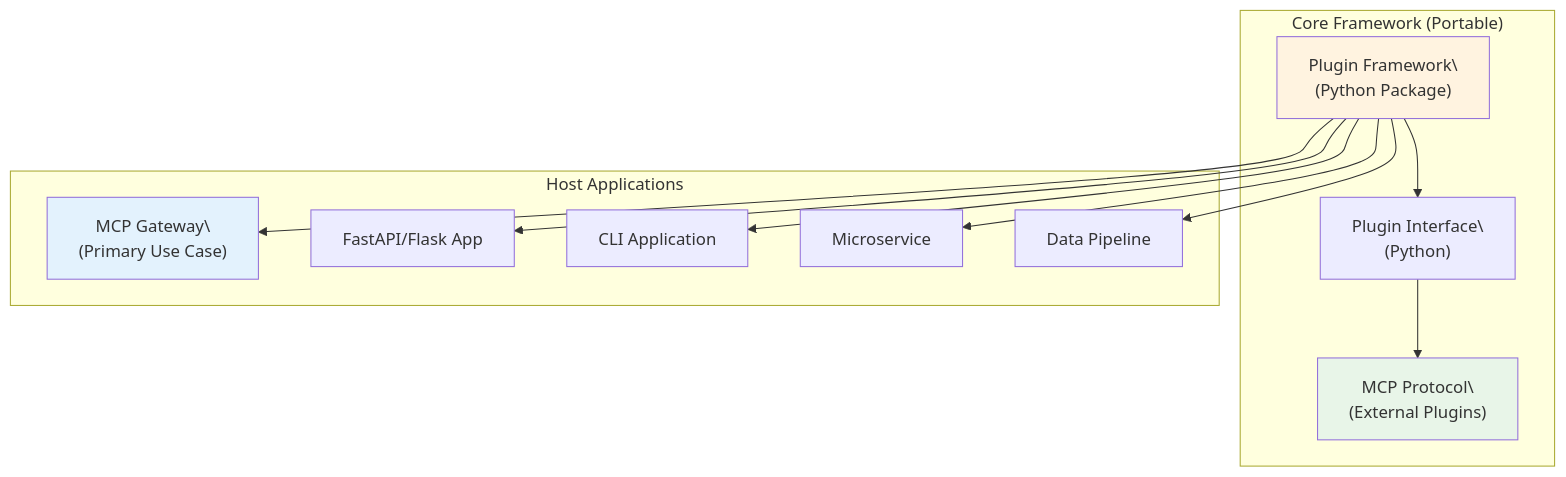
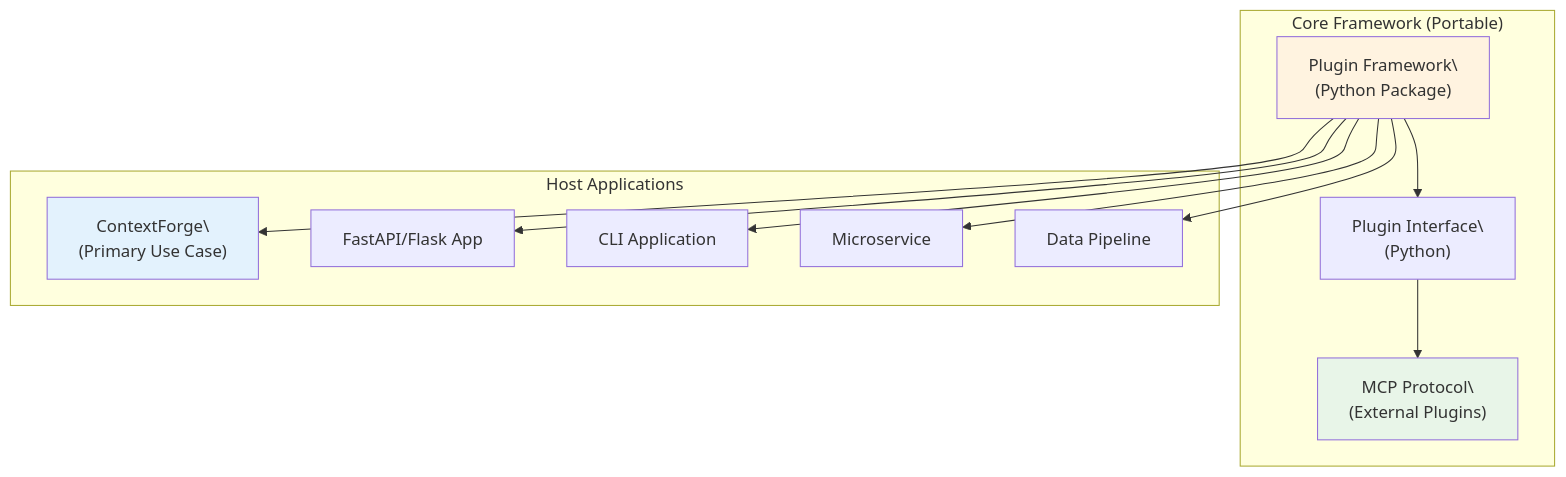
One commit to tedhabeck/mcp-context-forge changed the fifth of 5 diagrams in docs/docs/architecture/plugins.md. Above: the diagram before and after it, drawn with Mermaid. The commit also changed other lines of this file and 583 other files, not shown here.

First line of the commit message:
docs: rebrand to ContextForge AI Gateway (#3091)

````diff
--- a/docs/docs/architecture/plugins.md
+++ b/docs/docs/architecture/plugins.md
@@ -1609,29 +1609,29 @@
 ```mermaid
 flowchart TD
     subgraph "Core Framework (Portable)"
         Framework["Plugin Framework\\n(Python Package)"]
         Interface["Plugin Interface\\n(Python)"]
         Protocol["MCP Protocol\\n(External Plugins)"]
     end
 
     subgraph "Host Applications"
-        MCPGateway["MCP Gateway\\n(Primary Use Case)"]
+        MCPGateway["ContextForge\\n(Primary Use Case)"]
         WebFramework["FastAPI/Flask App"]
         CLITool["CLI Application"]
         Microservice["Microservice"]
         DataPipeline["Data Pipeline"]
     end
 
     Framework --> Interface
     Interface --> Protocol
 
     Framework --> MCPGateway
     Framework --> WebFramework
     Framework --> CLITool
     Framework --> Microservice
     Framework --> DataPipeline
 
     style Framework fill:#fff3e0
     style Protocol fill:#e8f5e8
     style MCPGateway fill:#e3f2fd
 ```
````
